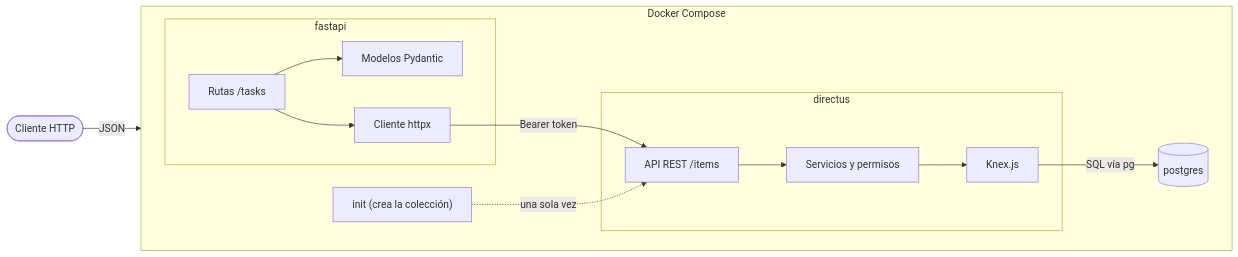
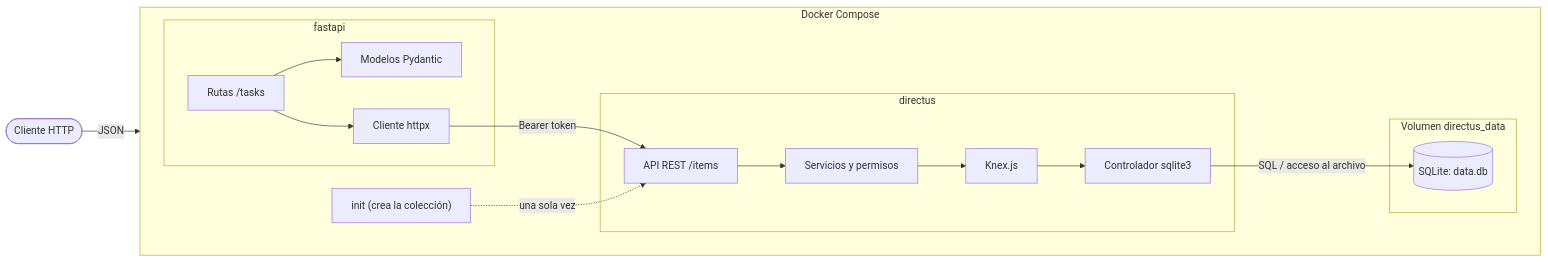
Before and after one commit to Capstone-2026-DISC/directus-fastapi-demo: the first of 4 diagrams in README.md, drawn with Mermaid. The commit also changed other lines of this file and 1 other file, not shown here.

Commit message:
docs: explain sqlite backend and database inspection

````diff
--- a/README.md
+++ b/README.md
@@ -22,28 +22,32 @@
 ```mermaid
 flowchart LR
     cliente(["Cliente HTTP"])
 
     subgraph compose ["Docker Compose"]
         direction LR
         subgraph api ["fastapi"]
             rutas["Rutas /tasks"]
             modelos["Modelos Pydantic"]
             http["Cliente httpx"]
         end
         subgraph cms ["directus"]
             rest["API REST /items"]
             servicios["Servicios y permisos"]
             knex["Knex.js"]
+            sqlite["Controlador sqlite3"]
         end
-        pg[("postgres")]
+        subgraph volumen ["Volumen directus_data"]
+            db[("SQLite: data.db")]
+        end
         init["init (crea la colección)"]
     end
 
     cliente -->|JSON| rutas
     rutas --> modelos
     rutas --> http
     http -->|"Bearer token"| rest
     rest --> servicios --> knex
-    knex -->|"SQL vía pg"| pg
+    knex --> sqlite
+    sqlite -->|"SQL / acceso al archivo"| db
     init -.->|"una sola vez"| rest
 ```
````
